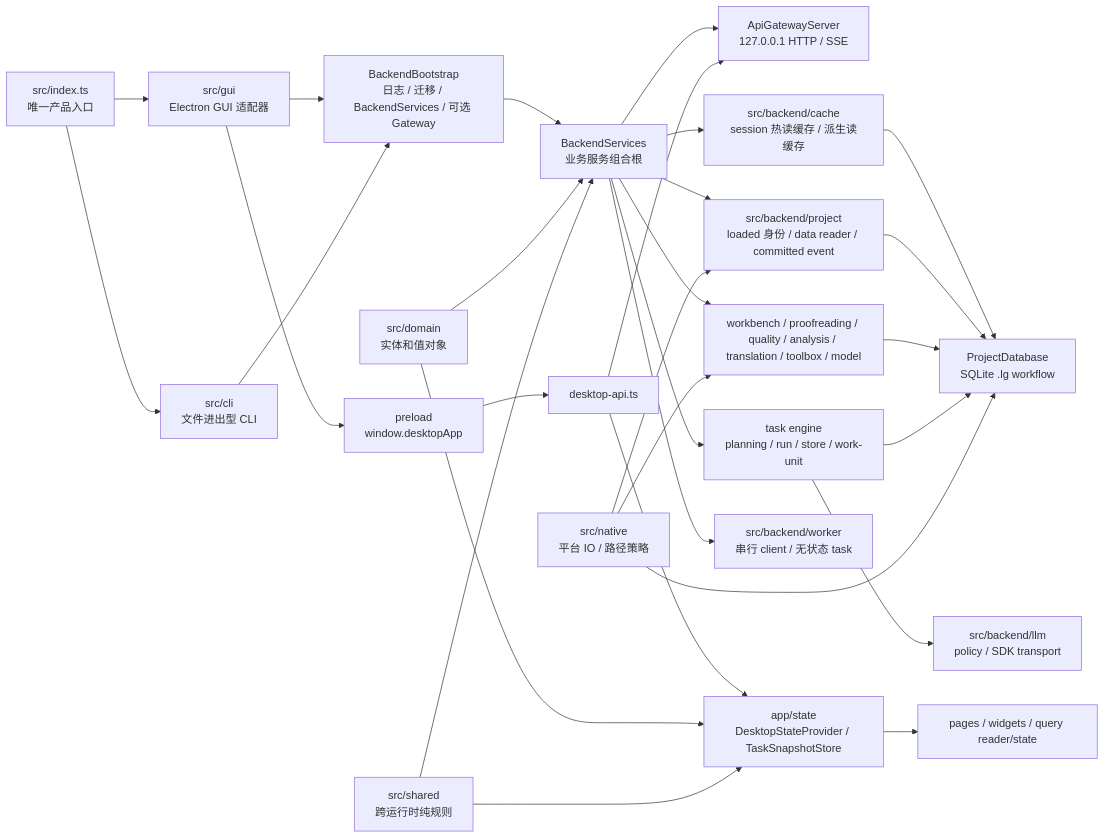
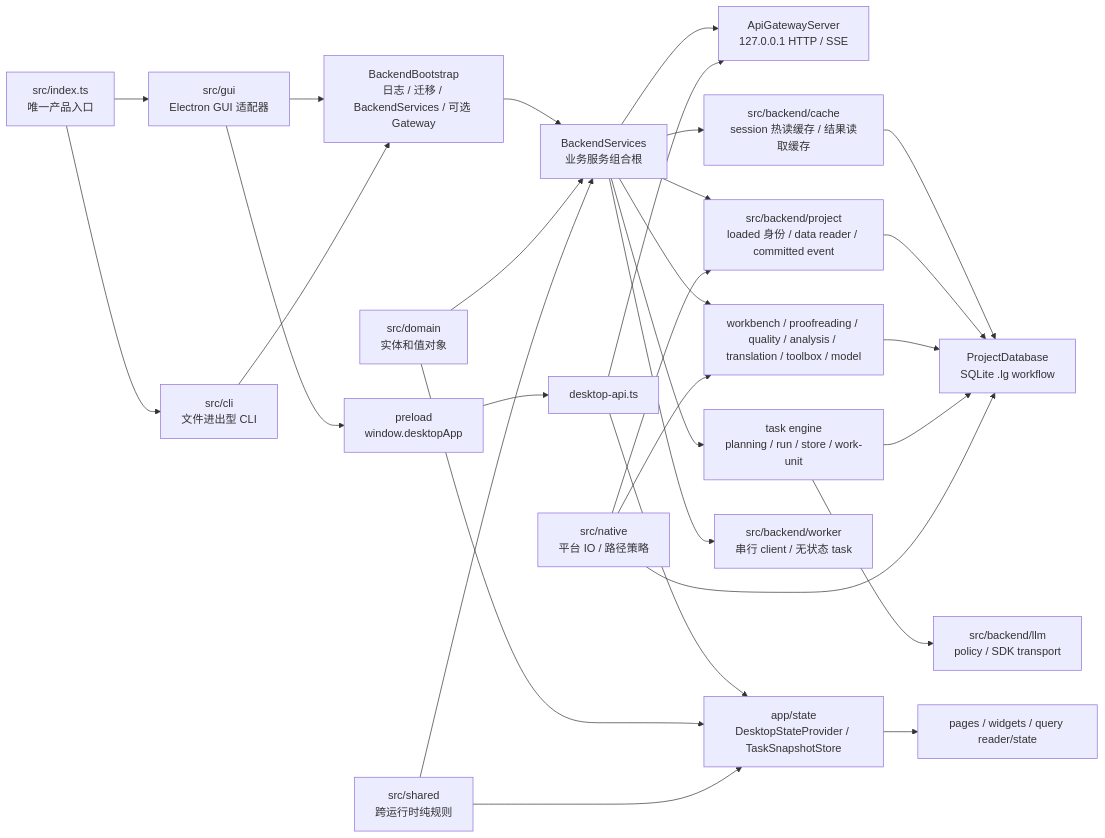
Before and after one commit to neavo/LinguaGacha: the diagram in docs/ARCHITECTURE.md, drawn with Mermaid. The commit also changed other lines of this file and 150 other files, not shown here.

````diff
--- a/docs/ARCHITECTURE.md
+++ b/docs/ARCHITECTURE.md
@@ -18,31 +18,31 @@
 ```mermaid
 flowchart LR
   Entry["src/index.ts<br/>唯一产品入口"] --> GUI["src/gui<br/>Electron GUI 适配器"]
   Entry --> CLI["src/cli<br/>文件进出型 CLI"]
   GUI --> Boot["BackendBootstrap<br/>日志 / 迁移 / BackendServices / 可选 Gateway"]
   CLI --> Boot
   Boot --> Services["BackendServices<br/>业务服务组合根"]
   Services --> API["ApiGatewayServer<br/>127.0.0.1 HTTP / SSE"]
   GUI --> Preload["preload<br/>window.desktopApp"]
   Preload --> RendererApi["desktop-api.ts"]
   RendererApi --> API
   RendererApi --> State["app/state<br/>DesktopStateProvider / TaskSnapshotStore"]
   State --> Pages["pages / widgets / query reader/state"]
-  Services --> Cache["src/backend/cache<br/>session 热读缓存 / 派生读缓存"]
+  Services --> Cache["src/backend/cache<br/>session 热读缓存 / 结果读取缓存"]
   Services --> Project["src/backend/project<br/>loaded 身份 / data reader / committed event"]
   Services --> Domains["workbench / proofreading / quality / analysis / translation / toolbox / model"]
   Services --> Worker["src/backend/worker<br/>串行 client / 无状态 task"]
   Services --> Engine["task engine<br/>planning / run / store / work-unit"]
   Engine --> LLM["src/backend/llm<br/>policy / SDK transport"]
   Cache --> DB["ProjectDatabase<br/>SQLite .lg workflow"]
   Project --> DB
   Domains --> DB
   Engine --> DB
   Domain["src/domain<br/>实体和值对象"] --> Services
   Domain --> State
   Shared["src/shared<br/>跨运行时纯规则"] --> Services
   Shared --> State
   Native["src/native<br/>平台 IO / 路径策略"] --> Project
   Native --> Domains
   Native --> DB
 ```
````
